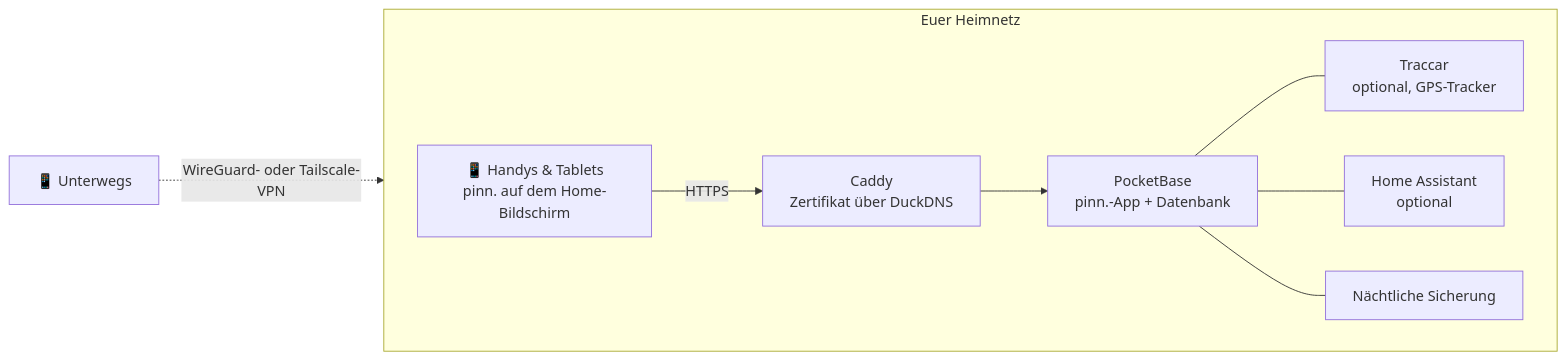
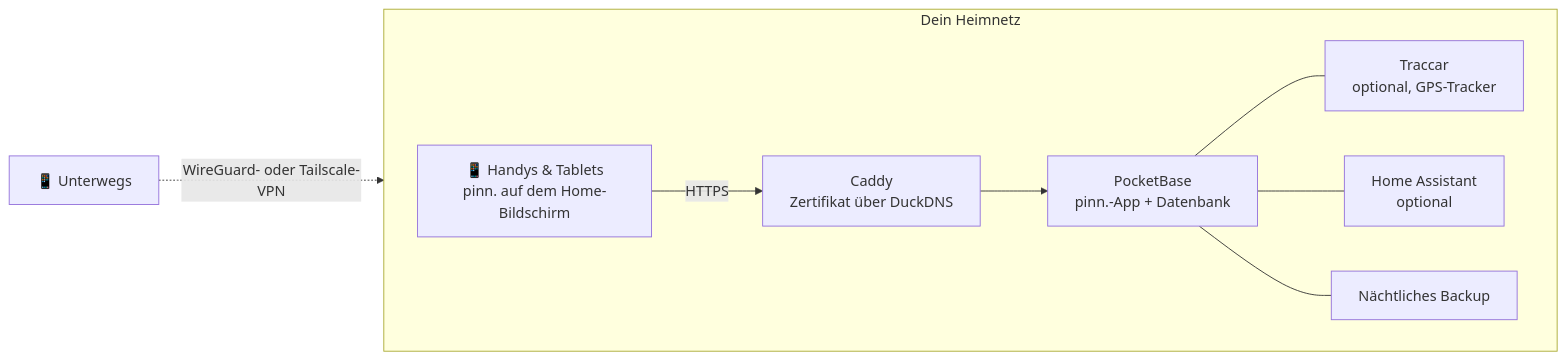
Before and after one commit to pinn-shost/pinn: the diagram in README.de.md, drawn with Mermaid. The commit also changed other lines of this file and 6 other files, not shown here.

````diff
--- a/README.de.md
+++ b/README.de.md
@@ -109,12 +110,12 @@
 ```mermaid
 flowchart LR
-  subgraph Home["Euer Heimnetz"]
+  subgraph Home["Dein Heimnetz"]
     direction LR
     P["📱 Handys & Tablets<br/>pinn. auf dem Home-Bildschirm"] -->|HTTPS| C["Caddy<br/>Zertifikat über DuckDNS"]
     C --> PB["PocketBase<br/>pinn.-App + Datenbank"]
     PB --- T["Traccar<br/>optional, GPS-Tracker"]
     PB --- HA["Home Assistant<br/>optional"]
-    PB --- B["Nächtliche Sicherung"]
+    PB --- B["Nächtliches Backup"]
   end
   R["📱 Unterwegs"] -.->|"WireGuard- oder Tailscale-VPN"| C
 ```
````
